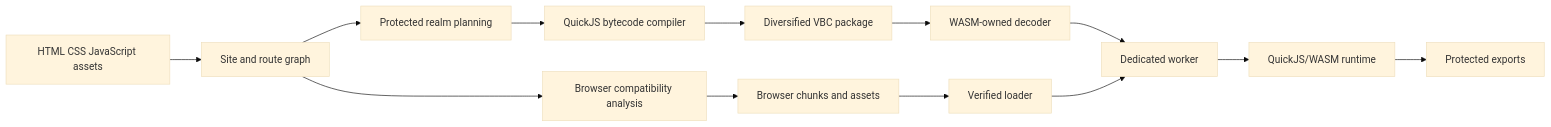
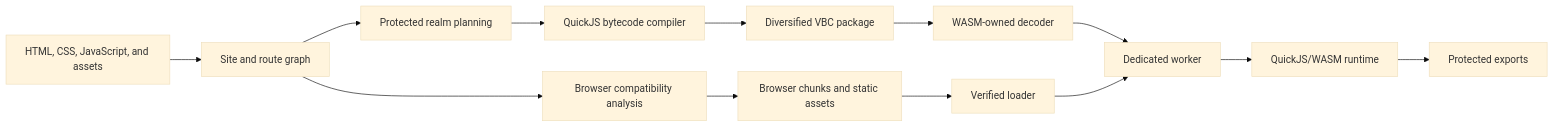
One commit to Ascension-Digital-Technologies/Venom changed the first of 2 diagrams in README.md. Above: the diagram before and after it, drawn with Mermaid (base theme). The commit also changed other lines of this file, not shown here.

````diff
--- a/README.md
+++ b/README.md
@@ -52,15 +134,15 @@
 ```mermaid
 flowchart LR
-    A[HTML CSS JavaScript assets] --> B[Site and route graph]
+    A[HTML, CSS, JavaScript, and assets] --> B[Site and route graph]
     B --> C[Browser compatibility analysis]
     B --> D[Protected realm planning]
     D --> E[QuickJS bytecode compiler]
     E --> F[Diversified VBC package]
-    C --> G[Browser chunks and assets]
+    C --> G[Browser chunks and static assets]
     F --> H[WASM-owned decoder]
     G --> I[Verified loader]
     H --> J[Dedicated worker]
     I --> J
     J --> K[QuickJS/WASM runtime]
     K --> L[Protected exports]
 ```
````
